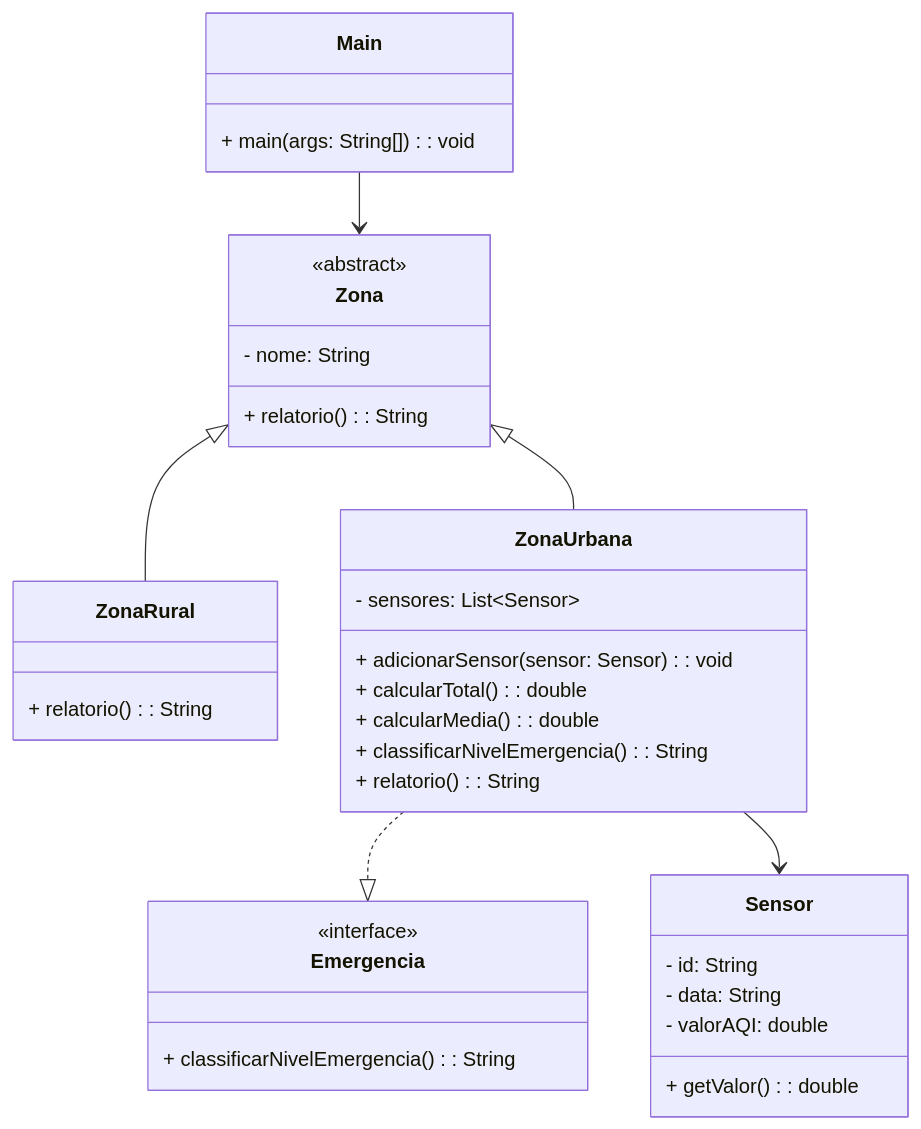
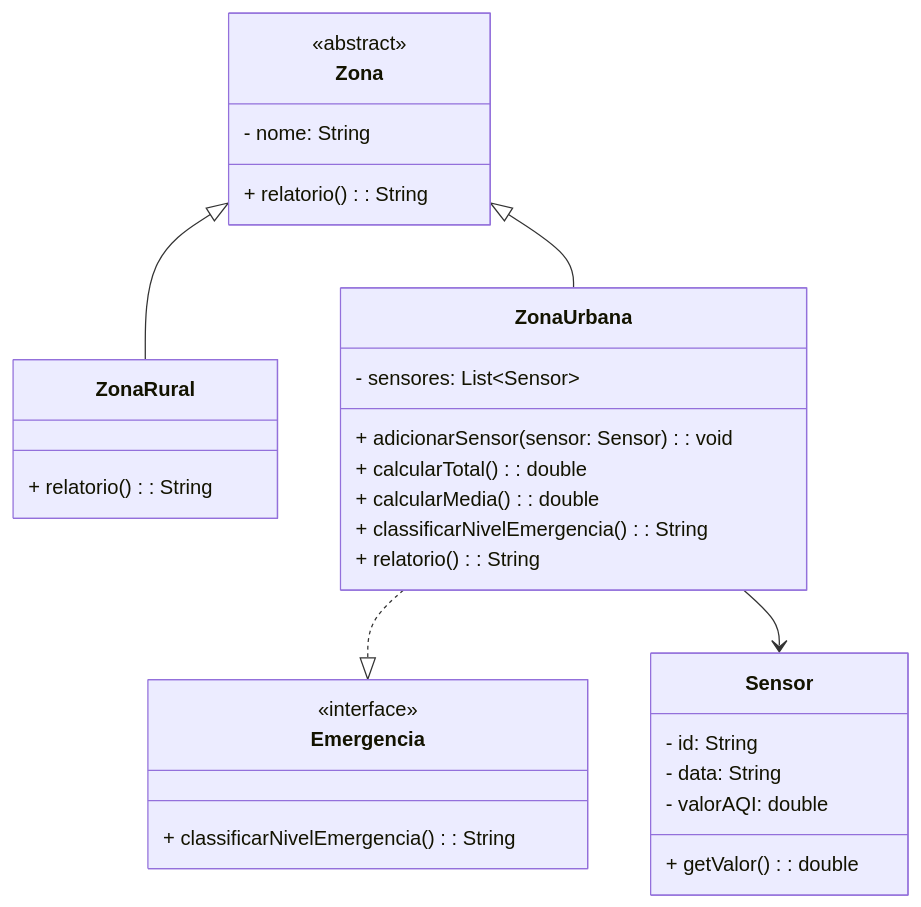
Before and after one commit to akemi-m/monitoramento-qualidade-ar: the diagram in README.md, drawn with Mermaid. The commit also changed other lines of this file, not shown here.

````diff
--- a/README.md
+++ b/README.md
@@ -44,43 +44,38 @@
 ```mermaid
 classDiagram
     class Zona {
         - nome: String
         <<abstract>>
         + relatorio(): String
     }
 
     class ZonaRural {
         + relatorio(): String
     }
 
     class ZonaUrbana {
         - sensores: List~Sensor~
         + adicionarSensor(sensor: Sensor): void
         + calcularTotal(): double
         + calcularMedia(): double
         + classificarNivelEmergencia(): String
         + relatorio(): String
     }
 
     class Sensor {
         - id: String
         - data: String
         - valorAQI: double
         + getValor(): double
     }
 
     class Emergencia {
         <<interface>>
         + classificarNivelEmergencia(): String
     }
 
-    class Main {
-        + main(args: String[]): void
-    }
-
     Zona <|-- ZonaRural
     Zona <|-- ZonaUrbana
     ZonaUrbana ..|> Emergencia
     ZonaUrbana --> Sensor
-    Main --> Zona
 ```
````
